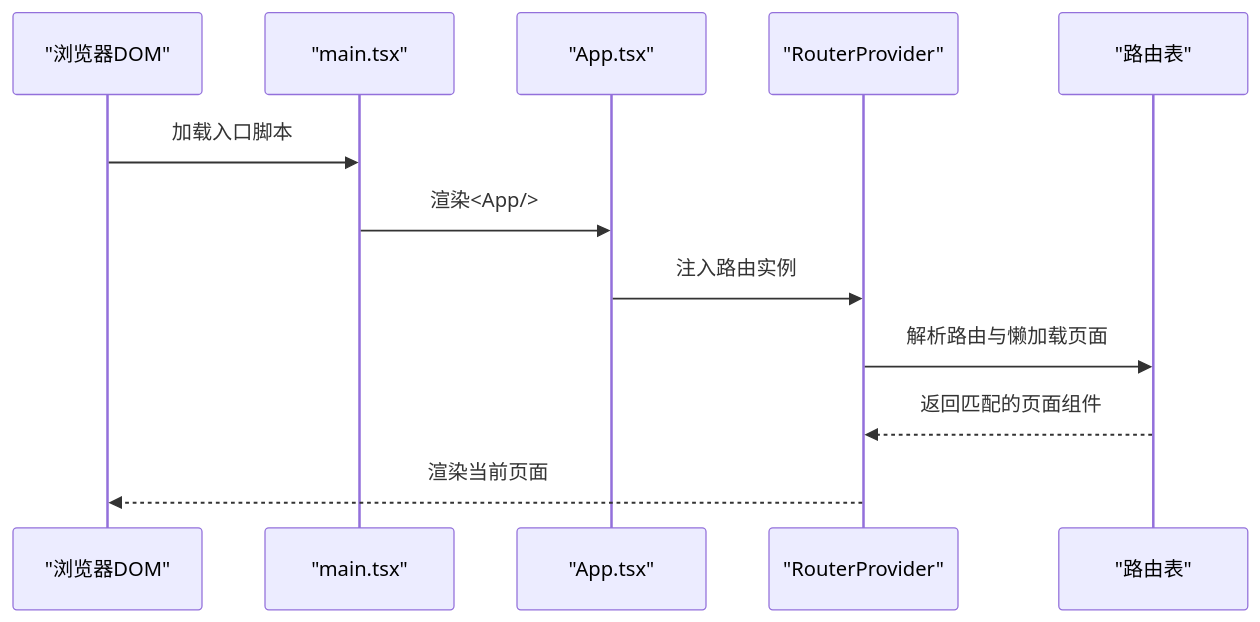
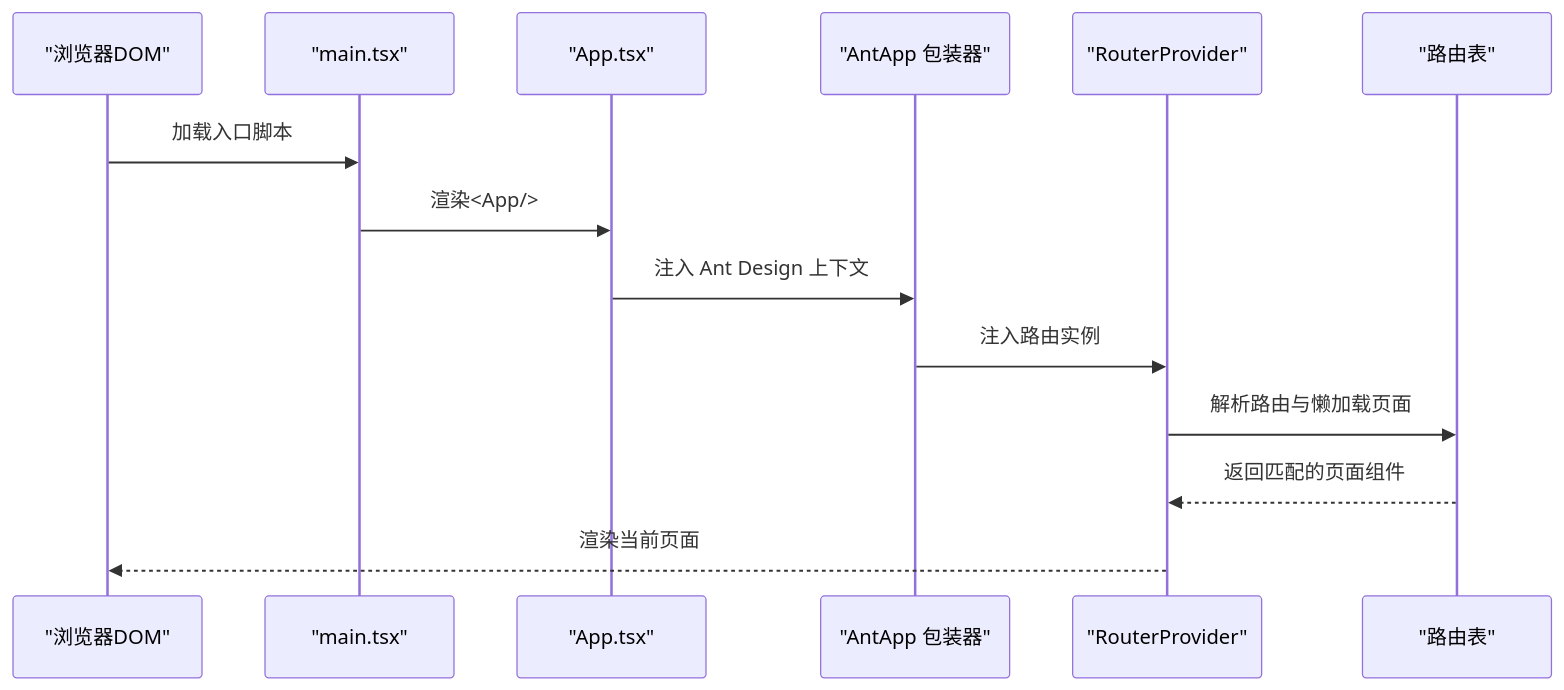
The third of 8 diagrams in .qoder/repowiki/zh/content/前端开发/应用架构.md (bixinhaner/xomc), drawn with Mermaid before and after one commit. The commit also changed other lines of this file and 4 other files, not shown here.

````diff
--- a/.qoder/repowiki/zh/content/前端开发/应用架构.md
+++ b/.qoder/repowiki/zh/content/前端开发/应用架构.md
@@ -169,14 +178,16 @@
 ```mermaid
 sequenceDiagram
 participant DOM as "浏览器DOM"
 participant Main as "main.tsx"
 participant App as "App.tsx"
+participant AntApp as "AntApp 包装器"
 participant Router as "RouterProvider"
 participant Routes as "路由表"
 DOM->>Main : 加载入口脚本
 Main->>App : 渲染<App/>
-App->>Router : 注入路由实例
+App->>AntApp : 注入 Ant Design 上下文
+AntApp->>Router : 注入路由实例
 Router->>Routes : 解析路由与懒加载页面
 Routes-->>Router : 返回匹配的页面组件
 Router-->>DOM : 渲染当前页面
 ```
````
